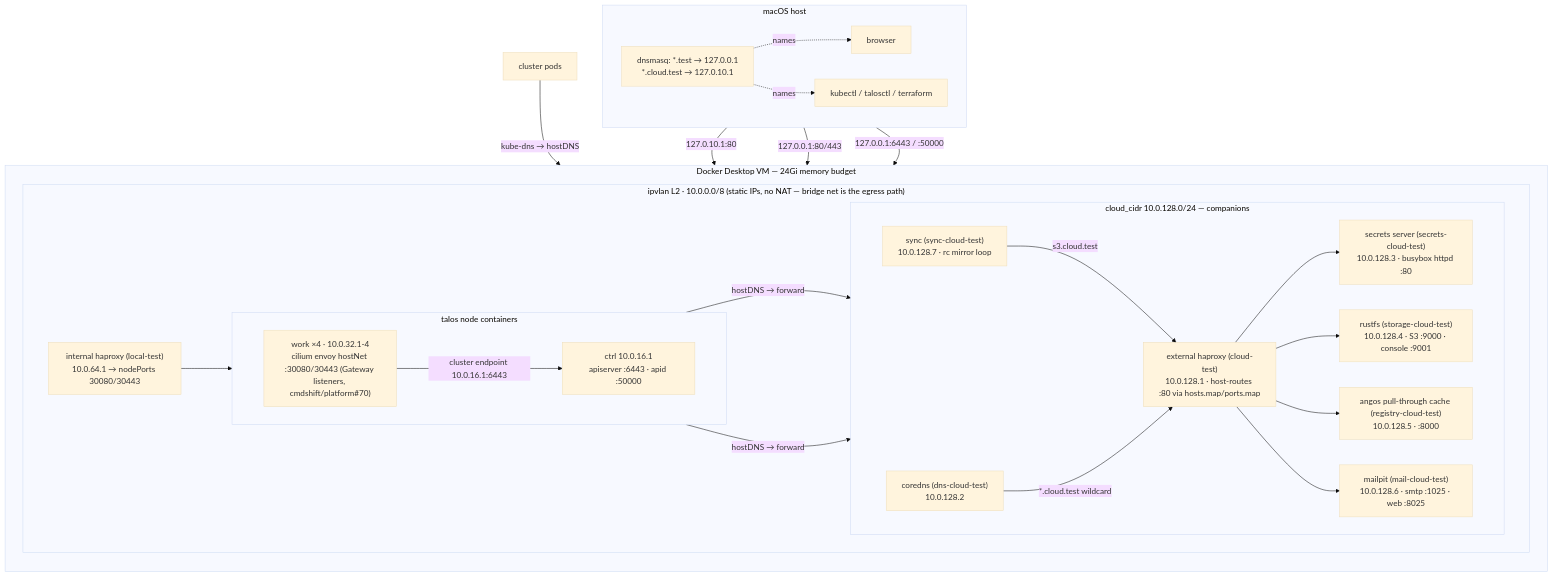
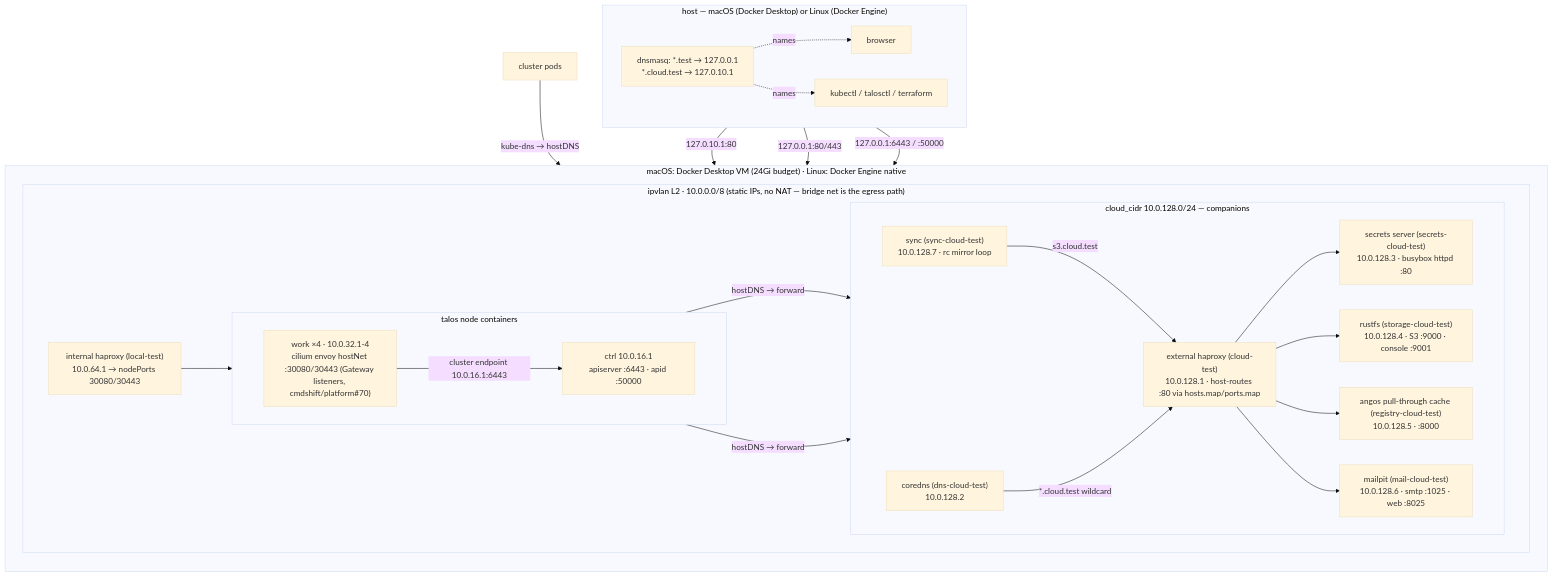
The diagram in cluster/local/ARCHITECTURE.md (cmdshift/platform), drawn with Mermaid (base theme) before and after one commit. The commit also changed other lines of this file and 12 other files, not shown here.

````diff
--- a/cluster/local/ARCHITECTURE.md
+++ b/cluster/local/ARCHITECTURE.md
@@ -7,44 +7,44 @@
 ```mermaid
 flowchart TB
-  subgraph host["macOS host"]
+  subgraph host["host — macOS (Docker Desktop) or Linux (Docker Engine)"]
     direction LR
     BR["browser"]
     KC["kubectl / talosctl / terraform"]
     DNSMASQ["dnsmasq: *.test → 127.0.0.1\n*.cloud.test → 127.0.10.1"]
   end
 
-  subgraph vm["Docker Desktop VM — 24Gi memory budget"]
+  subgraph vm["macOS: Docker Desktop VM (24Gi budget) · Linux: Docker Engine native"]
     direction TB
     subgraph iv["ipvlan L2 · 10.0.0.0/8 (static IPs, no NAT — bridge net is the egress path)"]
       direction LR
       subgraph cloud["cloud_cidr 10.0.128.0/24 — companions"]
         direction LR
         X["external haproxy (cloud-test)\n10.0.128.1 · host-routes :80 via hosts.map/ports.map"]
         CD["coredns (dns-cloud-test)\n10.0.128.2"]
         SE["secrets server (secrets-cloud-test)\n10.0.128.3 · busybox httpd :80"]
         RU["rustfs (storage-cloud-test)\n10.0.128.4 · S3 :9000 · console :9001"]
         AN["angos pull-through cache (registry-cloud-test)\n10.0.128.5 · :8000"]
         MP["mailpit (mail-cloud-test)\n10.0.128.6 · smtp :1025 · web :8025"]
         SY["sync (sync-cloud-test)\n10.0.128.7 · rc mirror loop"]
       end
       subgraph nodes["talos node containers"]
         direction LR
         CP["ctrl 10.0.16.1\napiserver :6443 · apid :50000"]
         WK["work ×4 · 10.0.32.1-4\ncilium envoy hostNet :30080/30443 (Gateway listeners, cmdshift/platform#70)"]
       end
       LB["internal haproxy (local-test)\n10.0.64.1 → nodePorts 30080/30443"]
     end
   end
 
   DNSMASQ -. names .-> BR & KC
   BR -- "127.0.10.1:80" --> X
   BR -- "127.0.0.1:80/443" --> LB
   KC -- "127.0.0.1:6443 / :50000" --> CP
   X --> SE & RU & AN & MP
   LB --> WK
   WK -- "cluster endpoint 10.0.16.1:6443" --> CP
   SY -- "s3.cloud.test" --> X
   WK & CP -- "hostDNS → forward" --> CD
   CD -- "*.cloud.test wildcard" --> X
   pods["cluster pods"] -- "kube-dns → hostDNS" --> CD
 ```
````
